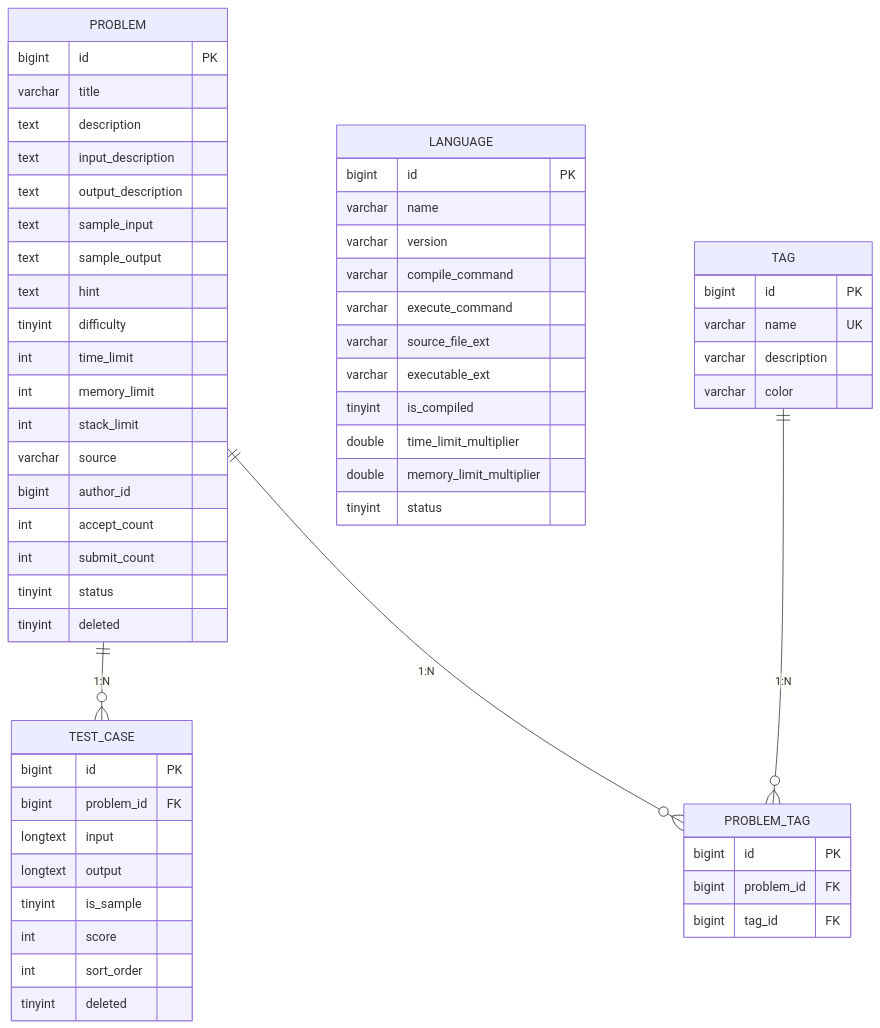
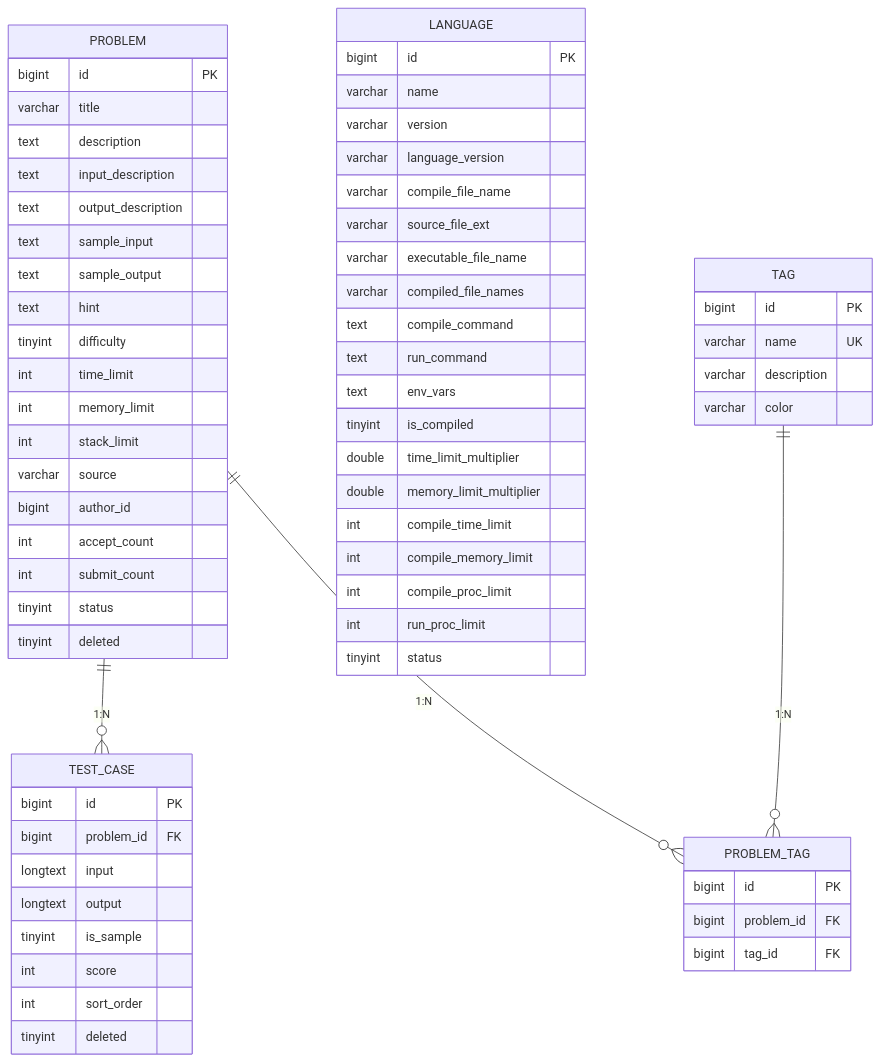
The ninth of 18 diagrams in docs/UML-Diagrams.md (xiaohuanemiya/EmiyaOJ-Cloud), drawn with Mermaid before and after one commit. The commit also changed other lines of this file and 16 other files, not shown here.

First line of the commit message:
feat: Add programming language configuration API and related database schema

````diff
--- a/docs/UML-Diagrams.md
+++ b/docs/UML-Diagrams.md
@@ -562,65 +570,73 @@
 ```mermaid
 erDiagram
     PROBLEM {
         bigint id PK
         varchar title
         text description
         text input_description
         text output_description
         text sample_input
         text sample_output
         text hint
         tinyint difficulty
         int time_limit
         int memory_limit
         int stack_limit
         varchar source
         bigint author_id
         int accept_count
         int submit_count
         tinyint status
         tinyint deleted
     }
 
     TEST_CASE {
         bigint id PK
         bigint problem_id FK
         longtext input
         longtext output
         tinyint is_sample
         int score
         int sort_order
         tinyint deleted
     }
 
     LANGUAGE {
         bigint id PK
         varchar name
         varchar version
-        varchar compile_command
-        varchar execute_command
+        varchar language_version
+        varchar compile_file_name
         varchar source_file_ext
-        varchar executable_ext
+        varchar executable_file_name
+        varchar compiled_file_names
+        text compile_command
+        text run_command
+        text env_vars
         tinyint is_compiled
         double time_limit_multiplier
         double memory_limit_multiplier
+        int compile_time_limit
+        int compile_memory_limit
+        int compile_proc_limit
+        int run_proc_limit
         tinyint status
     }
 
     TAG {
         bigint id PK
         varchar name UK
         varchar description
         varchar color
     }
 
     PROBLEM_TAG {
         bigint id PK
         bigint problem_id FK
         bigint tag_id FK
     }
 
     PROBLEM ||--o{ TEST_CASE : "1:N"
     PROBLEM ||--o{ PROBLEM_TAG : "1:N"
     TAG ||--o{ PROBLEM_TAG : "1:N"
 ```
````
